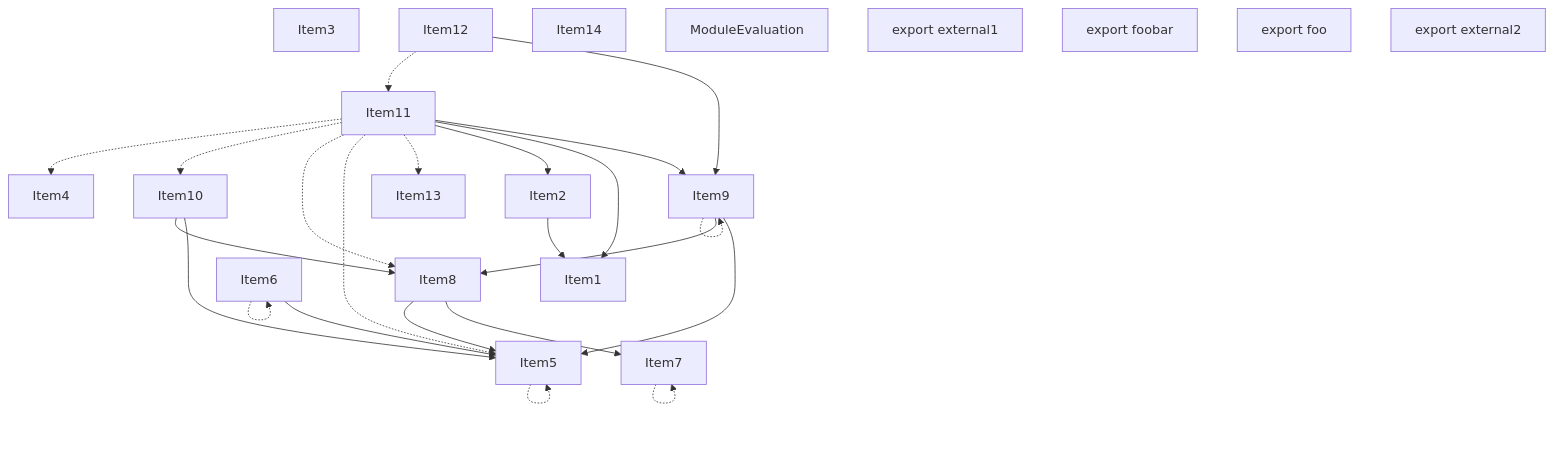
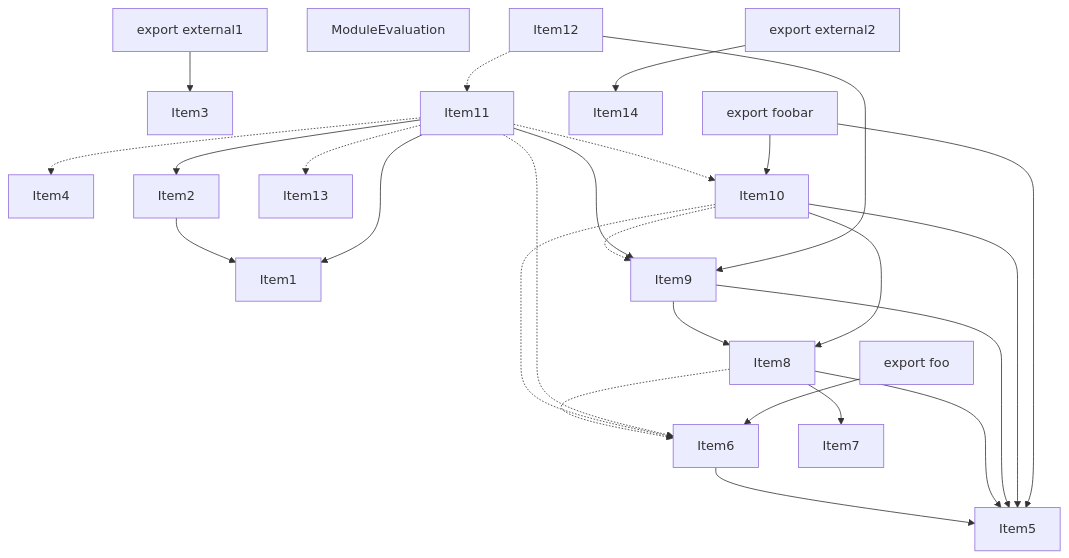
One commit to darkred/turbo changed the second of 5 diagrams in crates/turbopack-ecmascript/tests/tree-shaker/analyzer/2/output.md. Above: the diagram before and after it, drawn with Mermaid. The commit also changed other lines of this file and 22 other files, not shown here.

````diff
--- a/crates/turbopack-ecmascript/tests/tree-shaker/analyzer/2/output.md
+++ b/crates/turbopack-ecmascript/tests/tree-shaker/analyzer/2/output.md
@@ -189,49 +189,52 @@
 ```mermaid
 graph TD
     Item3;
     Item1;
     Item4;
     Item5;
     Item6;
     Item7;
     Item8;
     Item9;
     Item10;
     Item11;
     Item12;
     Item13;
     Item14;
     Item2;
     Item15;
     Item15["ModuleEvaluation"];
     Item16;
     Item16["export external1"];
     Item17;
     Item17["export foobar"];
     Item18;
     Item18["export foo"];
     Item19;
     Item19["export external2"];
     Item2 --> Item1;
-    Item5 -.-> Item5;
     Item6 --> Item5;
-    Item6 -.-> Item6;
-    Item7 -.-> Item7;
     Item8 --> Item7;
     Item8 --> Item5;
+    Item8 -.-> Item6;
+    Item9 --> Item8;
     Item9 --> Item5;
-    Item9 --> Item8;
-    Item9 -.-> Item9;
+    Item10 --> Item8;
     Item10 --> Item5;
-    Item10 --> Item8;
+    Item10 -.-> Item6;
+    Item10 -.-> Item9;
     Item11 --> Item9;
     Item11 --> Item1;
     Item11 --> Item2;
     Item11 -.-> Item13;
-    Item11 -.-> Item5;
-    Item11 -.-> Item8;
     Item11 -.-> Item10;
+    Item11 -.-> Item6;
     Item11 -.-> Item4;
     Item12 --> Item9;
     Item12 -.-> Item11;
+    Item16 --> Item3;
+    Item17 --> Item10;
+    Item17 --> Item5;
+    Item18 --> Item6;
+    Item19 --> Item14;
 ```
````
